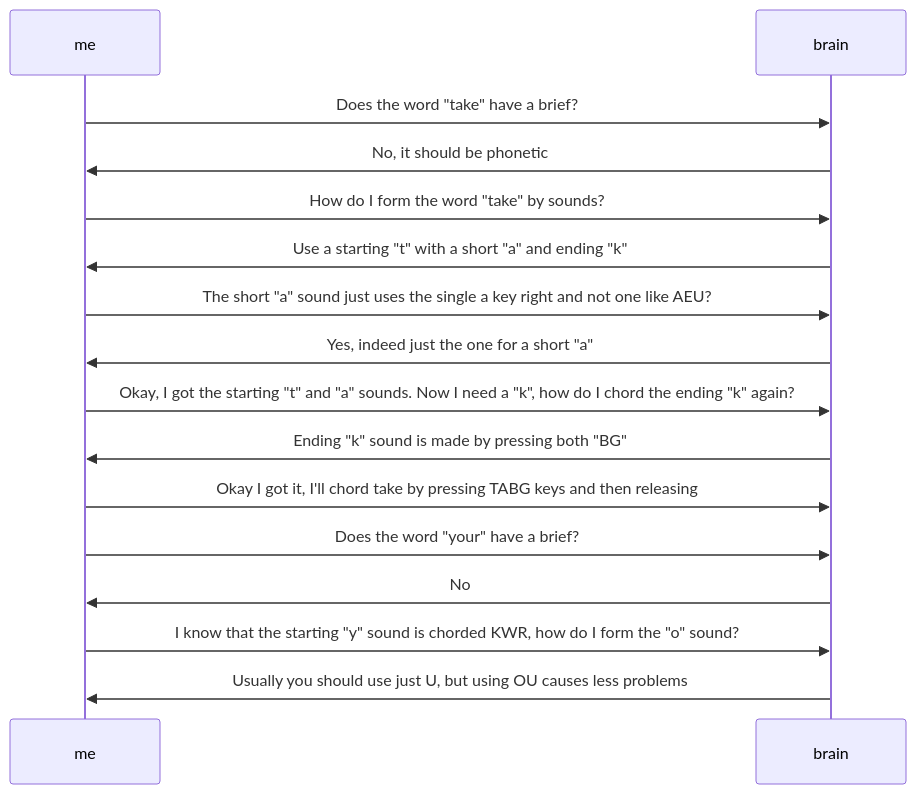
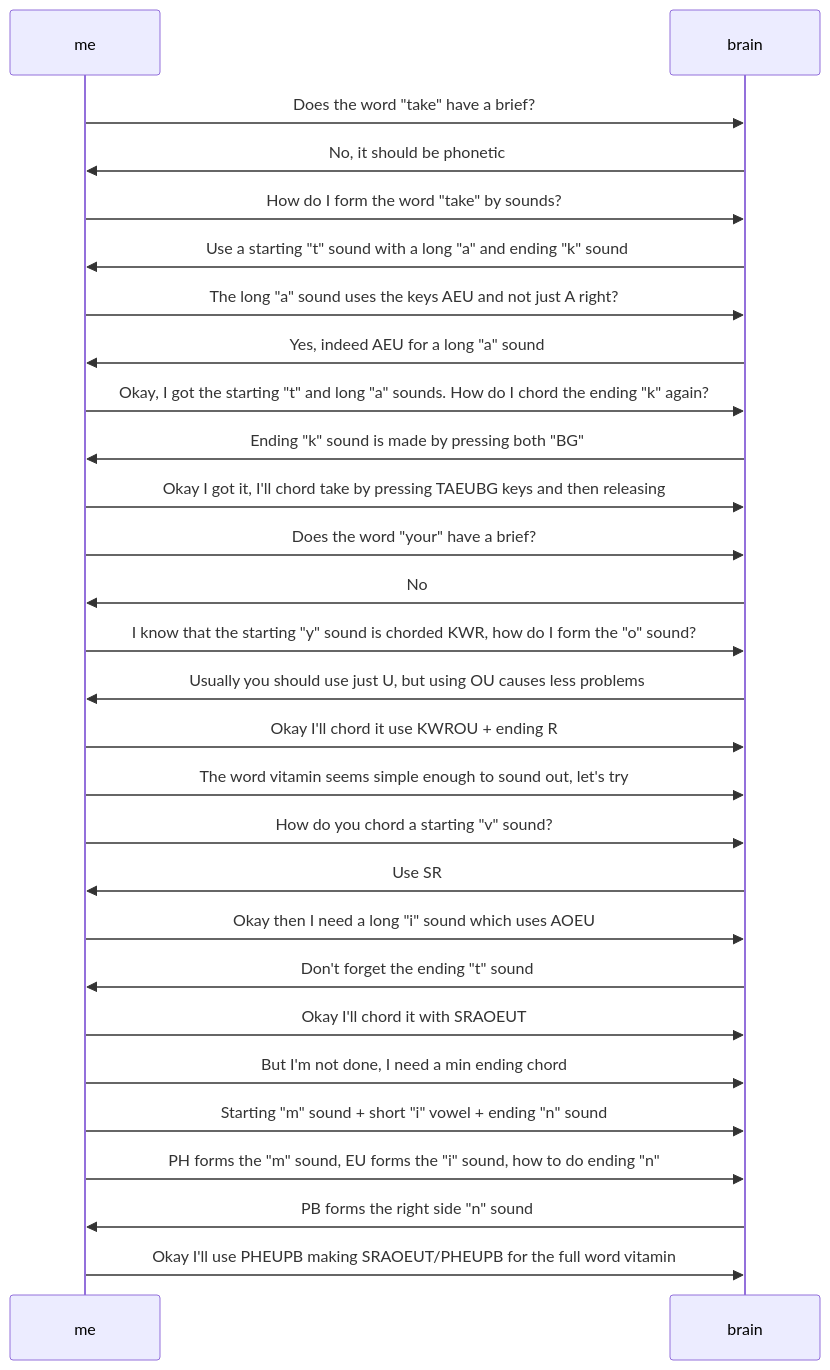
The first of 2 diagrams in content/posts/My-Journey-Into-Stenography.md (derekthecool/DereksBlogSource), drawn with Mermaid before and after one commit. The commit also changed other lines of this file and 7 other files, not shown here.

````diff
--- a/content/posts/My-Journey-Into-Stenography.md
+++ b/content/posts/My-Journey-Into-Stenography.md
@@ -98,18 +98,29 @@
 ```mermaid
 sequenceDiagram
 
 me ->> brain: Does the word "take" have a brief?
 brain ->> me: No, it should be phonetic
 me ->> brain: How do I form the word "take" by sounds?
-brain ->> me: Use a starting "t" with a short "a" and ending "k"
-me ->> brain: The short "a" sound just uses the single a key right and not one like AEU?
-brain ->> me: Yes, indeed just the one for a short "a"
-me ->> brain: Okay, I got the starting "t" and "a" sounds. Now I need a "k", how do I chord the ending "k" again?
+brain ->> me: Use a starting "t" sound with a long "a" and ending "k" sound
+me ->> brain: The long "a" sound uses the keys AEU and not just A right?
+brain ->> me: Yes, indeed AEU for a long "a" sound
+me ->> brain: Okay, I got the starting "t" and long "a" sounds. How do I chord the ending "k" again?
 brain ->> me: Ending "k" sound is made by pressing both "BG"
-me ->> brain: Okay I got it, I'll chord take by pressing TABG keys and then releasing
-
+me ->> brain: Okay I got it, I'll chord take by pressing TAEUBG keys and then releasing
 me ->> brain: Does the word "your" have a brief?
 brain ->> me: No
 me ->> brain: I know that the starting "y" sound is chorded KWR, how do I form the "o" sound?
 brain ->> me: Usually you should use just U, but using OU causes less problems
+me ->> brain: Okay I'll chord it use KWROU + ending R
+me ->> brain: The word vitamin seems simple enough to sound out, let's try
+me ->> brain: How do you chord a starting "v" sound?
+brain ->> me: Use SR
+me ->> brain: Okay then I need a long "i" sound which uses AOEU
+brain ->> me: Don't forget the ending "t" sound
+me ->> brain: Okay I'll chord it with SRAOEUT
+me ->> brain: But I'm not done, I need a min ending chord
+me ->> brain: Starting "m" sound + short "i" vowel + ending "n" sound
+me ->> brain: PH forms the "m" sound, EU forms the "i" sound, how to do ending "n"
+brain ->> me: PB forms the right side "n" sound
+me ->> brain: Okay I'll use PHEUPB making SRAOEUT/PHEUPB for the full word vitamin
 ```
````
